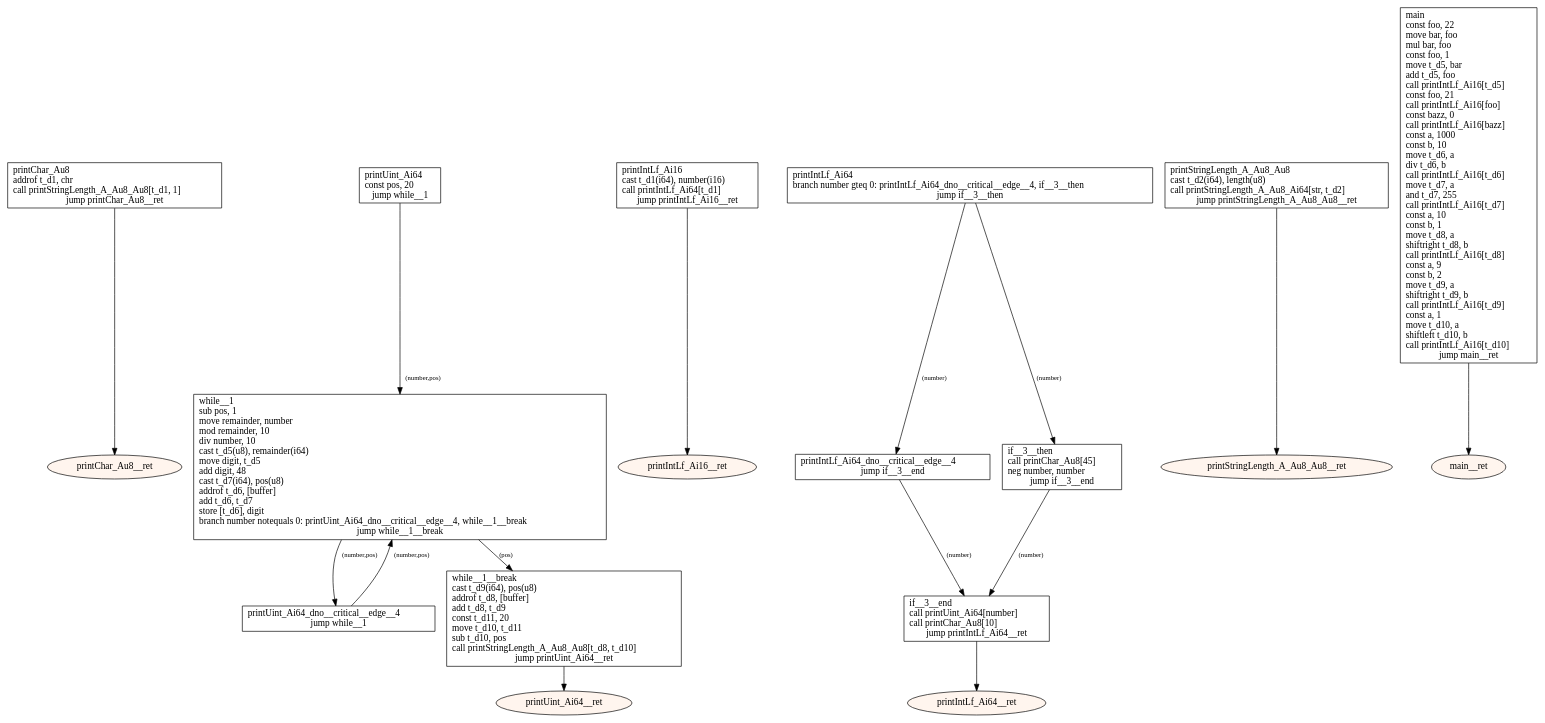
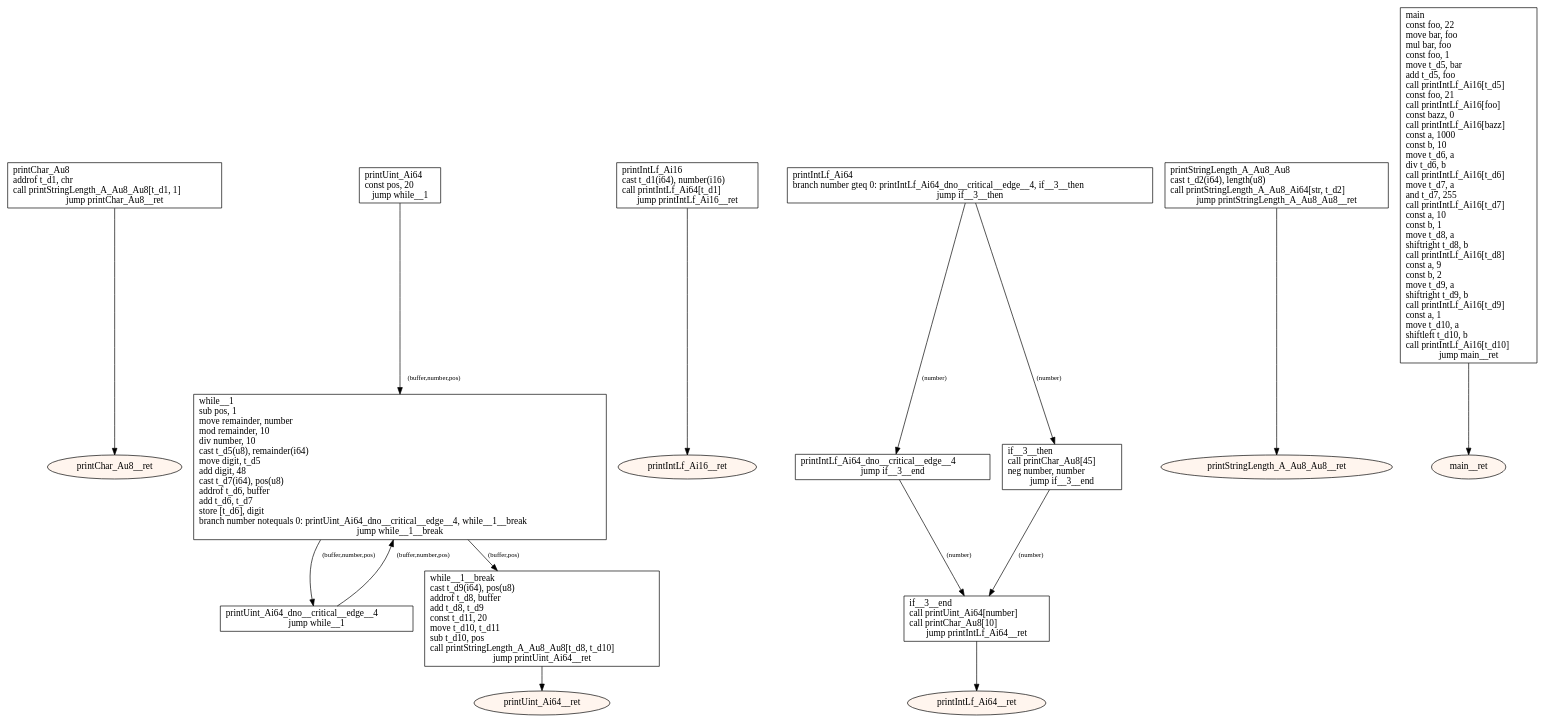
The diagram in src/main/resources-test/compiler/windows/arithmetics.dot (tmssngr/tinyC), drawn with Graphviz before and after one commit. The commit also changed 98 other files, not shown here.

```diff
--- a/src/main/resources-test/compiler/windows/arithmetics.dot
+++ b/src/main/resources-test/compiler/windows/arithmetics.dot
@@ -1,47 +1,47 @@
 digraph program {
 	edge[fontsize="10pt"];
 	subgraph fn_printChar_Au8 {
 		BasicBlock_0_printChar_Au8 [label="printChar_Au8\laddrof t_d1, chr\lcall printStringLength_A_Au8_Au8[t_d1, 1]\ljump printChar_Au8__ret",shape=box];
 		BasicBlock_0_printChar_Au8 -> BasicBlock_0_printChar_Au8__ret;
 		BasicBlock_0_printChar_Au8__ret [label="printChar_Au8__ret",shape=oval,style=filled,fillcolor="#fff5ee"];
 	}
 	subgraph fn_printUint_Ai64 {
 		BasicBlock_1_printUint_Ai64 [label="printUint_Ai64\lconst pos, 20\ljump while__1",shape=box];
-		BasicBlock_1_printUint_Ai64 -> BasicBlock_1_while__1 [label="(number,pos)"];
+		BasicBlock_1_printUint_Ai64 -> BasicBlock_1_while__1 [label="(buffer,number,pos)"];
 		BasicBlock_1_printUint_Ai64_dno__critical__edge__4 [label="printUint_Ai64_dno__critical__edge__4\ljump while__1",shape=box];
-		BasicBlock_1_printUint_Ai64_dno__critical__edge__4 -> BasicBlock_1_while__1 [label="(number,pos)"];
-		BasicBlock_1_while__1 [label="while__1\lsub pos, 1\lmove remainder, number\lmod remainder, 10\ldiv number, 10\lcast t_d5(u8), remainder(i64)\lmove digit, t_d5\ladd digit, 48\lcast t_d7(i64), pos(u8)\laddrof t_d6, [buffer]\ladd t_d6, t_d7\lstore [t_d6], digit\lbranch number notequals 0: printUint_Ai64_dno__critical__edge__4, while__1__break\ljump while__1__break",shape=box];
-		BasicBlock_1_while__1 -> BasicBlock_1_printUint_Ai64_dno__critical__edge__4 [label="(number,pos)"];
-		BasicBlock_1_while__1 -> BasicBlock_1_while__1__break [label="(pos)"];
-		BasicBlock_1_while__1__break [label="while__1__break\lcast t_d9(i64), pos(u8)\laddrof t_d8, [buffer]\ladd t_d8, t_d9\lconst t_d11, 20\lmove t_d10, t_d11\lsub t_d10, pos\lcall printStringLength_A_Au8_Au8[t_d8, t_d10]\ljump printUint_Ai64__ret",shape=box];
+		BasicBlock_1_printUint_Ai64_dno__critical__edge__4 -> BasicBlock_1_while__1 [label="(buffer,number,pos)"];
+		BasicBlock_1_while__1 [label="while__1\lsub pos, 1\lmove remainder, number\lmod remainder, 10\ldiv number, 10\lcast t_d5(u8), remainder(i64)\lmove digit, t_d5\ladd digit, 48\lcast t_d7(i64), pos(u8)\laddrof t_d6, buffer\ladd t_d6, t_d7\lstore [t_d6], digit\lbranch number notequals 0: printUint_Ai64_dno__critical__edge__4, while__1__break\ljump while__1__break",shape=box];
+		BasicBlock_1_while__1 -> BasicBlock_1_printUint_Ai64_dno__critical__edge__4 [label="(buffer,number,pos)"];
+		BasicBlock_1_while__1 -> BasicBlock_1_while__1__break [label="(buffer,pos)"];
+		BasicBlock_1_while__1__break [label="while__1__break\lcast t_d9(i64), pos(u8)\laddrof t_d8, buffer\ladd t_d8, t_d9\lconst t_d11, 20\lmove t_d10, t_d11\lsub t_d10, pos\lcall printStringLength_A_Au8_Au8[t_d8, t_d10]\ljump printUint_Ai64__ret",shape=box];
 		BasicBlock_1_while__1__break -> BasicBlock_1_printUint_Ai64__ret;
 		BasicBlock_1_printUint_Ai64__ret [label="printUint_Ai64__ret",shape=oval,style=filled,fillcolor="#fff5ee"];
 	}
 	subgraph fn_printIntLf_Ai16 {
 		BasicBlock_2_printIntLf_Ai16 [label="printIntLf_Ai16\lcast t_d1(i64), number(i16)\lcall printIntLf_Ai64[t_d1]\ljump printIntLf_Ai16__ret",shape=box];
 		BasicBlock_2_printIntLf_Ai16 -> BasicBlock_2_printIntLf_Ai16__ret;
 		BasicBlock_2_printIntLf_Ai16__ret [label="printIntLf_Ai16__ret",shape=oval,style=filled,fillcolor="#fff5ee"];
 	}
 	subgraph fn_printIntLf_Ai64 {
 		BasicBlock_3_printIntLf_Ai64 [label="printIntLf_Ai64\lbranch number gteq 0: printIntLf_Ai64_dno__critical__edge__4, if__3__then\ljump if__3__then",shape=box];
 		BasicBlock_3_printIntLf_Ai64 -> BasicBlock_3_printIntLf_Ai64_dno__critical__edge__4 [label="(number)"];
 		BasicBlock_3_printIntLf_Ai64 -> BasicBlock_3_if__3__then [label="(number)"];
 		BasicBlock_3_printIntLf_Ai64_dno__critical__edge__4 [label="printIntLf_Ai64_dno__critical__edge__4\ljump if__3__end",shape=box];
 		BasicBlock_3_printIntLf_Ai64_dno__critical__edge__4 -> BasicBlock_3_if__3__end [label="(number)"];
 		BasicBlock_3_if__3__then [label="if__3__then\lcall printChar_Au8[45]\lneg number, number\ljump if__3__end",shape=box];
 		BasicBlock_3_if__3__then -> BasicBlock_3_if__3__end [label="(number)"];
 		BasicBlock_3_if__3__end [label="if__3__end\lcall printUint_Ai64[number]\lcall printChar_Au8[10]\ljump printIntLf_Ai64__ret",shape=box];
 		BasicBlock_3_if__3__end -> BasicBlock_3_printIntLf_Ai64__ret;
 		BasicBlock_3_printIntLf_Ai64__ret [label="printIntLf_Ai64__ret",shape=oval,style=filled,fillcolor="#fff5ee"];
 	}
 	subgraph fn_printStringLength_A_Au8_Au8 {
 		BasicBlock_4_printStringLength_A_Au8_Au8 [label="printStringLength_A_Au8_Au8\lcast t_d2(i64), length(u8)\lcall printStringLength_A_Au8_Ai64[str, t_d2]\ljump printStringLength_A_Au8_Au8__ret",shape=box];
 		BasicBlock_4_printStringLength_A_Au8_Au8 -> BasicBlock_4_printStringLength_A_Au8_Au8__ret;
 		BasicBlock_4_printStringLength_A_Au8_Au8__ret [label="printStringLength_A_Au8_Au8__ret",shape=oval,style=filled,fillcolor="#fff5ee"];
 	}
 	subgraph fn_main {
 		BasicBlock_5_main [label="main\lconst foo, 22\lmove bar, foo\lmul bar, foo\lconst foo, 1\lmove t_d5, bar\ladd t_d5, foo\lcall printIntLf_Ai16[t_d5]\lconst foo, 21\lcall printIntLf_Ai16[foo]\lconst bazz, 0\lcall printIntLf_Ai16[bazz]\lconst a, 1000\lconst b, 10\lmove t_d6, a\ldiv t_d6, b\lcall printIntLf_Ai16[t_d6]\lmove t_d7, a\land t_d7, 255\lcall printIntLf_Ai16[t_d7]\lconst a, 10\lconst b, 1\lmove t_d8, a\lshiftright t_d8, b\lcall printIntLf_Ai16[t_d8]\lconst a, 9\lconst b, 2\lmove t_d9, a\lshiftright t_d9, b\lcall printIntLf_Ai16[t_d9]\lconst a, 1\lmove t_d10, a\lshiftleft t_d10, b\lcall printIntLf_Ai16[t_d10]\ljump main__ret",shape=box];
 		BasicBlock_5_main -> BasicBlock_5_main__ret;
 		BasicBlock_5_main__ret [label="main__ret",shape=oval,style=filled,fillcolor="#fff5ee"];
 	}
 }
```
